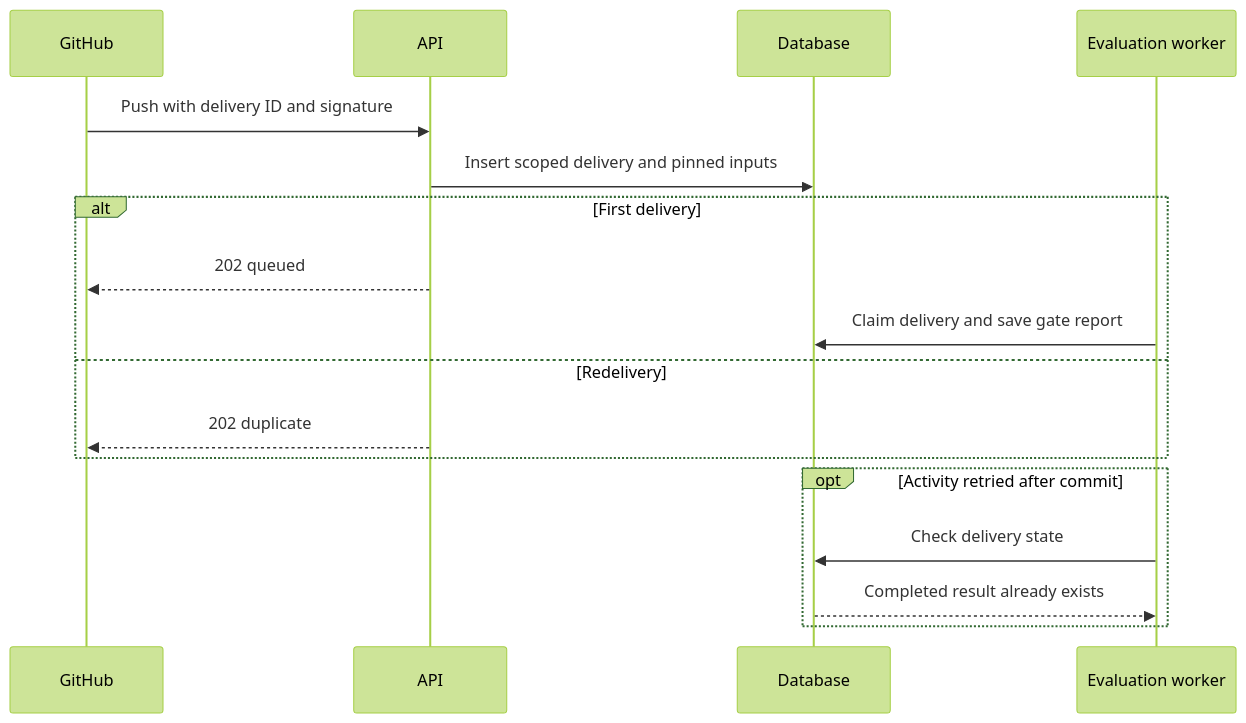
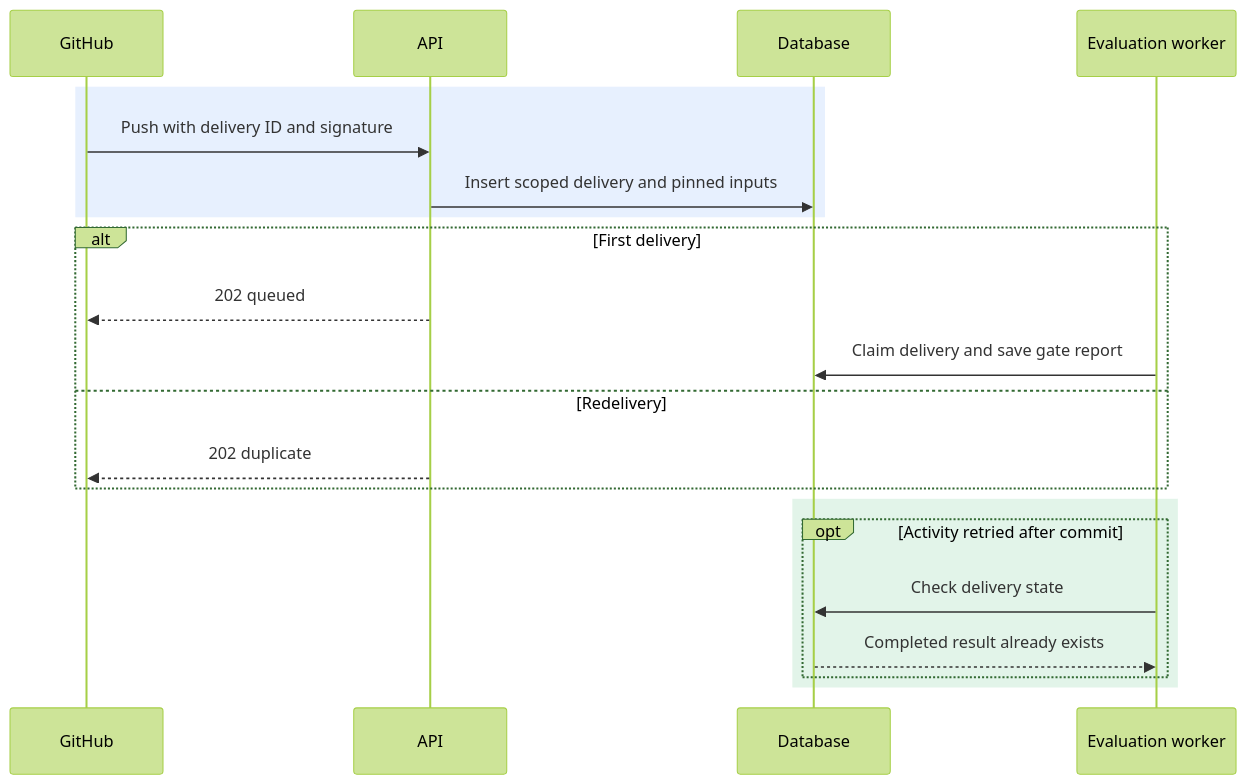
One commit to sujayv26/release-trace changed the second of 2 diagrams in docs/ARCHITECTURE.md. Above: the diagram before and after it, drawn with Mermaid (forest theme). The commit also changed other lines of this file and 3 other files, not shown here.

Commit message:
Color-code release documentation diagrams

````diff
--- a/docs/ARCHITECTURE.md
+++ b/docs/ARCHITECTURE.md
@@ -39,21 +51,25 @@
 ```mermaid
 sequenceDiagram
     accTitle: Delivery deduplication and evaluation recovery
     accDescr: The API persists one queued delivery. A worker saves its report. A retried Temporal activity can reuse the committed report.
     participant G as GitHub
     participant A as API
     participant D as Database
     participant W as Evaluation worker
-    G->>A: Push with delivery ID and signature
-    A->>D: Insert scoped delivery and pinned inputs
+    rect rgba(59, 130, 246, 0.12)
+        G->>A: Push with delivery ID and signature
+        A->>D: Insert scoped delivery and pinned inputs
+    end
     alt First delivery
         A-->>G: 202 queued
         W->>D: Claim delivery and save gate report
     else Redelivery
         A-->>G: 202 duplicate
     end
-    opt Activity retried after commit
-        W->>D: Check delivery state
-        D-->>W: Completed result already exists
+    rect rgba(22, 163, 74, 0.12)
+        opt Activity retried after commit
+            W->>D: Check delivery state
+            D-->>W: Completed result already exists
+        end
     end
 ```
````
